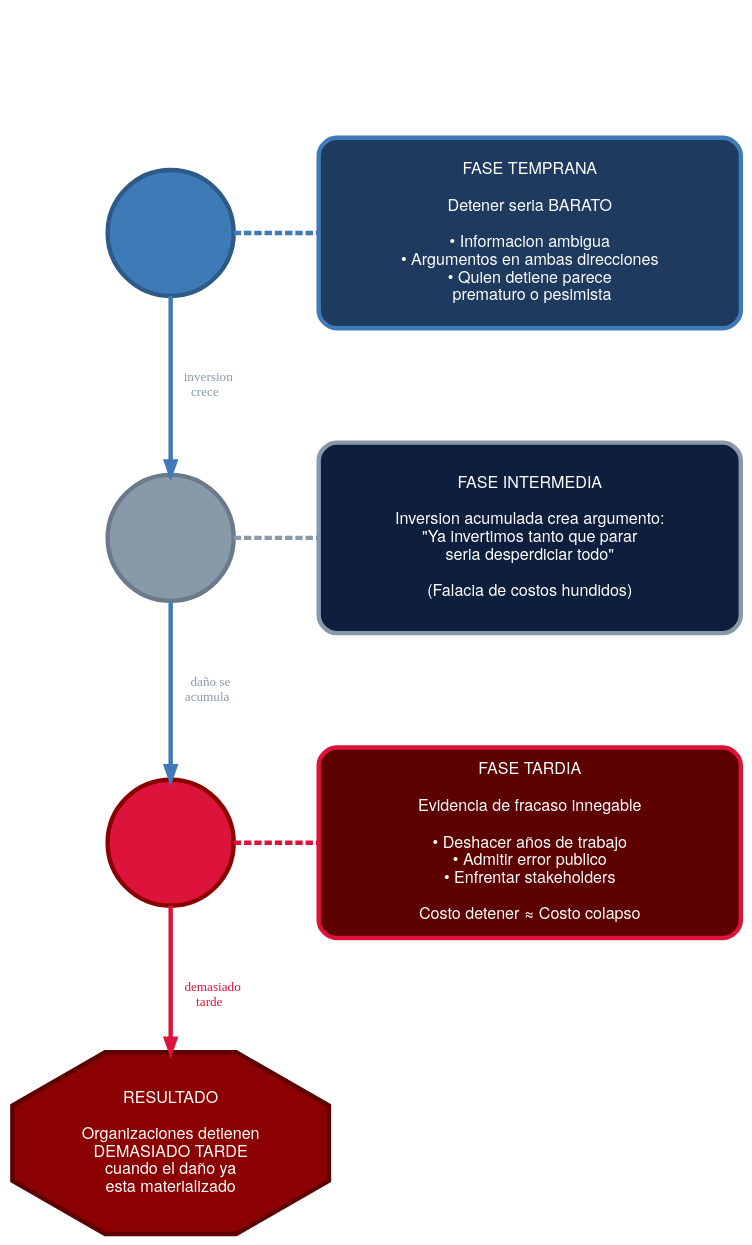
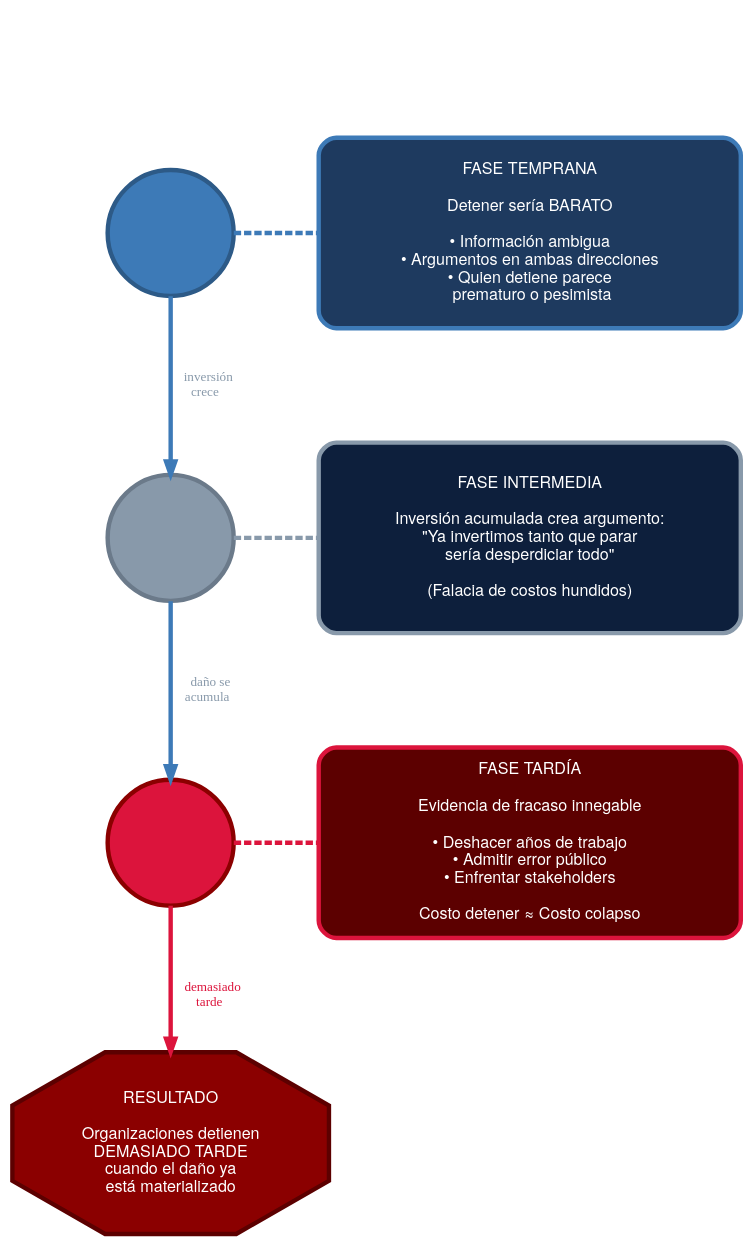
One commit to gonzalezulises/mas-control-mas-caos changed the diagram in assets/diagrams/B4-fases-retraso.dot. Above: the diagram before and after it, drawn with Graphviz. The commit also changed 2 other files, not shown here.

```diff
--- a/assets/diagrams/B4-fases-retraso.dot
+++ b/assets/diagrams/B4-fases-retraso.dot
@@ -1,108 +1,108 @@
 digraph FasesSemaforo {
     // Layout vertical
     layout=dot;
     rankdir=TB;
     bgcolor="transparent";
     pad=0.6;
     nodesep=0.4;
     ranksep=0.8;
 
     // Estilo global - paleta portada
     node [
         fontname="Helvetica Neue",
         fontsize=11,
         fontcolor="#ffffff",
         penwidth=3
     ];
 
     edge [
         penwidth=3,
         color="#3d7ab7",
         fontcolor="#8899aa",
         arrowsize=0.9
     ];
 
     // Titulo
     titulo [label="FASES DEL RETRASO SISTEMICO",
             shape=plaintext,
             fontsize=14,
             fontcolor="#ffffff",
             fontname="Helvetica Neue Bold"];
 
     // Semaforo AZUL - Fase Temprana (era verde)
     semaforo1 [label="",
                shape=circle,
                width=1.2,
                height=1.2,
                fillcolor="#3d7ab7",
                style=filled,
                color="#2d5a87"];
 
-    fase1 [label="FASE TEMPRANA\n\nDetener seria BARATO\n\n• Informacion ambigua\n• Argumentos en ambas direcciones\n• Quien detiene parece\n  prematuro o pesimista",
+    fase1 [label="FASE TEMPRANA\n\nDetener sería BARATO\n\n• Información ambigua\n• Argumentos en ambas direcciones\n• Quien detiene parece\n  prematuro o pesimista",
            shape=box,
            style="rounded,filled",
            fillcolor="#1e3a5f",
            color="#3d7ab7",
            width=4,
            height=1.8];
 
     // Semaforo GRIS - Fase Intermedia (era amarillo)
     semaforo2 [label="",
                shape=circle,
                width=1.2,
                height=1.2,
                fillcolor="#8899aa",
                style=filled,
                color="#6b7a8a"];
 
-    fase2 [label="FASE INTERMEDIA\n\nInversion acumulada crea argumento:\n\"Ya invertimos tanto que parar\nseria desperdiciar todo\"\n\n(Falacia de costos hundidos)",
+    fase2 [label="FASE INTERMEDIA\n\nInversión acumulada crea argumento:\n\"Ya invertimos tanto que parar\nsería desperdiciar todo\"\n\n(Falacia de costos hundidos)",
            shape=box,
            style="rounded,filled",
            fillcolor="#0d1f3c",
            color="#8899aa",
            width=4,
            height=1.8];
 
     // Semaforo ROJO - Fase Tardia
     semaforo3 [label="",
                shape=circle,
                width=1.2,
                height=1.2,
                fillcolor="#dc143c",
                style=filled,
                color="#8b0000"];
 
-    fase3 [label="FASE TARDIA\n\nEvidencia de fracaso innegable\n\n• Deshacer años de trabajo\n• Admitir error publico\n• Enfrentar stakeholders\n\nCosto detener ≈ Costo colapso",
+    fase3 [label="FASE TARDÍA\n\nEvidencia de fracaso innegable\n\n• Deshacer años de trabajo\n• Admitir error público\n• Enfrentar stakeholders\n\nCosto detener ≈ Costo colapso",
            shape=box,
            style="rounded,filled",
            fillcolor="#5c0000",
            color="#dc143c",
            width=4,
            height=1.8];
 
     // Resultado
-    resultado [label="RESULTADO\n\nOrganizaciones detienen\nDEMASIADO TARDE\ncuando el daño ya\nesta materializado",
+    resultado [label="RESULTADO\n\nOrganizaciones detienen\nDEMASIADO TARDE\ncuando el daño ya\nestá materializado",
                shape=octagon,
                style="filled",
                fillcolor="#8b0000",
                color="#5c0000",
                fontcolor="white",
                fontsize=11,
                width=3,
                height=1.5];
 
     // Conexiones verticales
     titulo -> semaforo1 [style=invis];
 
     {rank=same; semaforo1; fase1}
     {rank=same; semaforo2; fase2}
     {rank=same; semaforo3; fase3}
 
     semaforo1 -> fase1 [arrowhead=none, style=dashed, color="#3d7ab7"];
     semaforo2 -> fase2 [arrowhead=none, style=dashed, color="#8899aa"];
     semaforo3 -> fase3 [arrowhead=none, style=dashed, color="#dc143c"];
 
-    semaforo1 -> semaforo2 [label="  inversion\n  crece  ", fontsize=9];
+    semaforo1 -> semaforo2 [label="  inversión\n  crece  ", fontsize=9];
     semaforo2 -> semaforo3 [label="  daño se\n  acumula  ", fontsize=9];
     semaforo3 -> resultado [label="  demasiado\n  tarde  ", fontsize=9, fontcolor="#dc143c", color="#dc143c"];
 }
```
